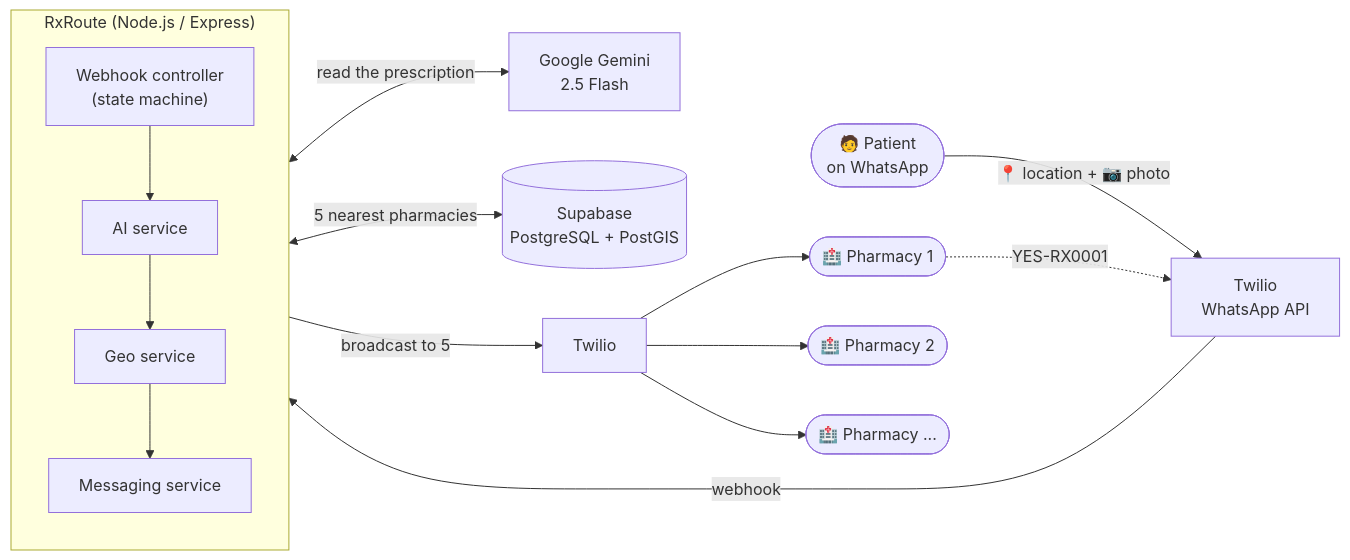
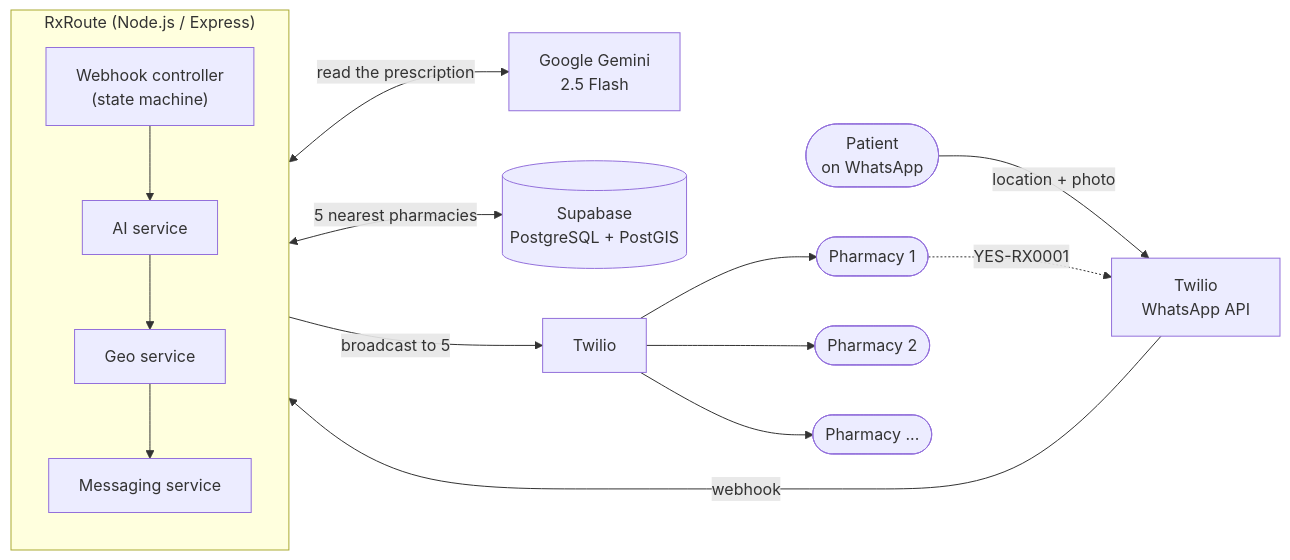
One commit to Susan-hue/RxRoute changed the first of 2 diagrams in README.md. Above: the diagram before and after it, drawn with Mermaid. The commit also changed other lines of this file, not shown here.

````diff
--- a/README.md
+++ b/README.md
@@ -28,21 +28,21 @@
 ```mermaid
 flowchart LR
-    P(["🧑 Patient<br/>on WhatsApp"]) -- "📍 location + 📷 photo" --> T["Twilio<br/>WhatsApp API"]
+    P(["Patient<br/>on WhatsApp"]) -- "location + photo" --> T["Twilio<br/>WhatsApp API"]
 
     subgraph API ["RxRoute (Node.js / Express)"]
         direction TB
         W["Webhook controller<br/>(state machine)"]
         AI["AI service"]
         GEO["Geo service"]
         MSG["Messaging service"]
         W --> AI --> GEO --> MSG
     end
 
     T -- "webhook" --> W
 
     AI <-- "read the prescription" --> G["Google Gemini<br/>2.5 Flash"]
     GEO <-- "5 nearest pharmacies" --> DB[("Supabase<br/>PostgreSQL + PostGIS")]
     MSG -- "broadcast to 5" --> T2["Twilio"]
-    T2 --> PH1(["🏥 Pharmacy 1"]) & PH2(["🏥 Pharmacy 2"]) & PH3(["🏥 Pharmacy ..."])
+    T2 --> PH1(["Pharmacy 1"]) & PH2(["Pharmacy 2"]) & PH3(["Pharmacy ..."])
     PH1 -. "YES-RX0001" .-> T
 ```
````
